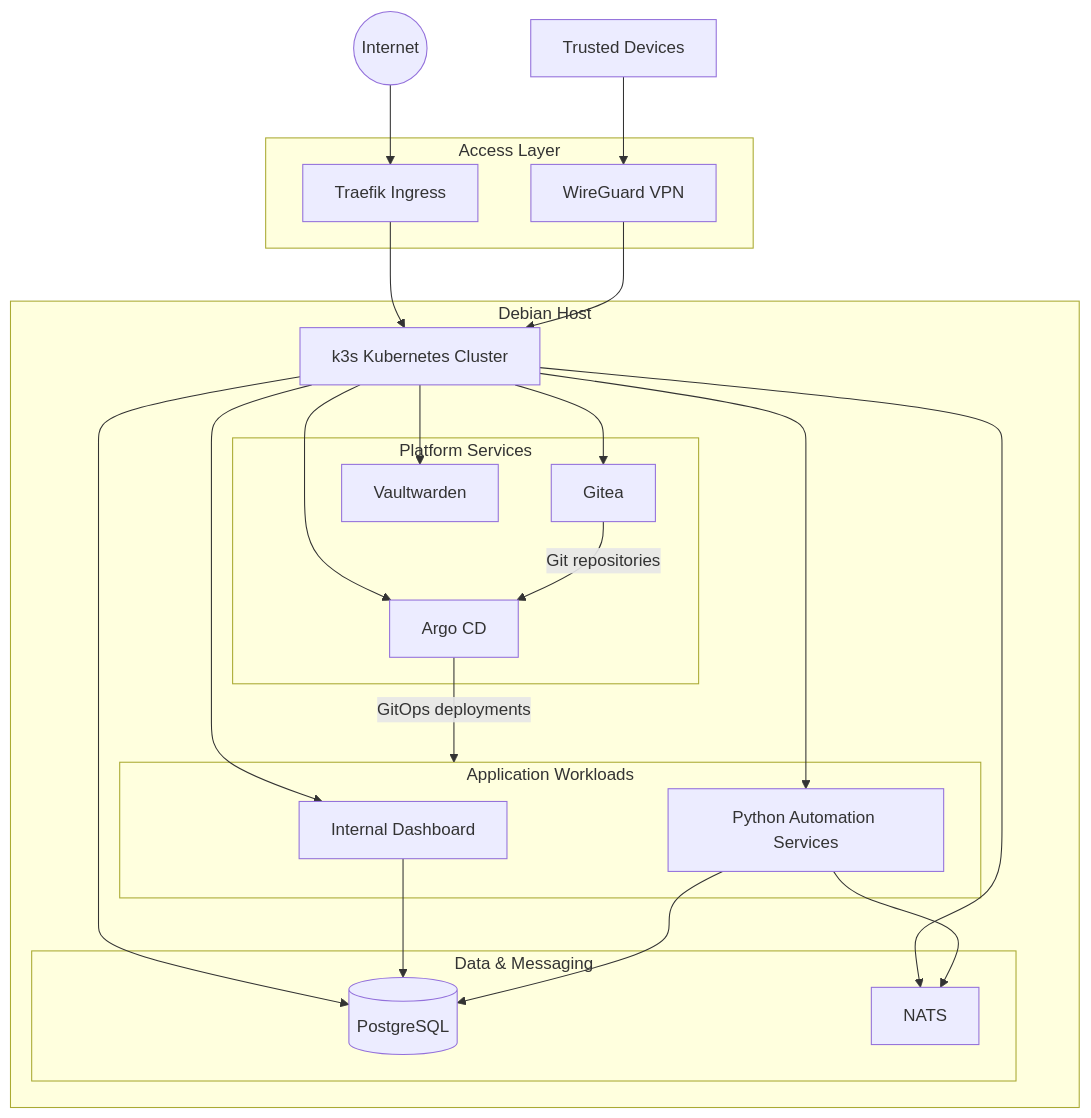
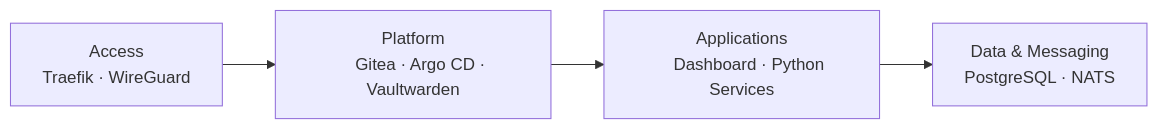
One commit to TristanGimm/self-hosted-kubernetes-infrastructure changed the diagram in README.md. Above: the diagram before and after it, drawn with Mermaid. The commit also changed other lines of this file, not shown here.

````diff
--- a/README.md
+++ b/README.md
@@ -35,52 +34,19 @@
 ```mermaid
-flowchart TB
+flowchart LR
 
-    Internet((Internet))
-    Devices[Trusted Devices]
+    Access["Access
+    Traefik · WireGuard"]
 
-    subgraph Access["Access Layer"]
-        Traefik[Traefik Ingress]
-        WireGuard[WireGuard VPN]
-    end
+    Platform["Platform
+    Gitea · Argo CD · Vaultwarden"]
 
-    subgraph Host["Debian Host"]
-        K3s[k3s Kubernetes Cluster]
+    Apps["Applications
+    Dashboard · Python Services"]
 
-        subgraph Platform["Platform Services"]
-            ArgoCD[Argo CD]
-            Gitea[Gitea]
-            Vaultwarden[Vaultwarden]
-        end
+    Data["Data & Messaging
+    PostgreSQL · NATS"]
 
-        subgraph Applications["Application Workloads"]
-            Dashboard[Internal Dashboard]
-            PythonServices[Python Automation Services]
-        end
-
-        subgraph Data["Data & Messaging"]
-            PostgreSQL[(PostgreSQL)]
-            NATS[NATS]
-        end
-    end
-
-    Internet --> Traefik
-    Devices --> WireGuard
-
-    Traefik --> K3s
-    WireGuard --> K3s
-
-    K3s --> ArgoCD
-    K3s --> Gitea
-    K3s --> Vaultwarden
-    K3s --> Dashboard
-    K3s --> PythonServices
-    K3s --> PostgreSQL
-    K3s --> NATS
-
-    Gitea -->|Git repositories| ArgoCD
-    ArgoCD -->|GitOps deployments| Applications
-
-    Dashboard --> PostgreSQL
-    PythonServices --> PostgreSQL
-    PythonServices --> NATS
+    Access --> Platform
+    Platform --> Apps
+    Apps --> Data
 ```
````
